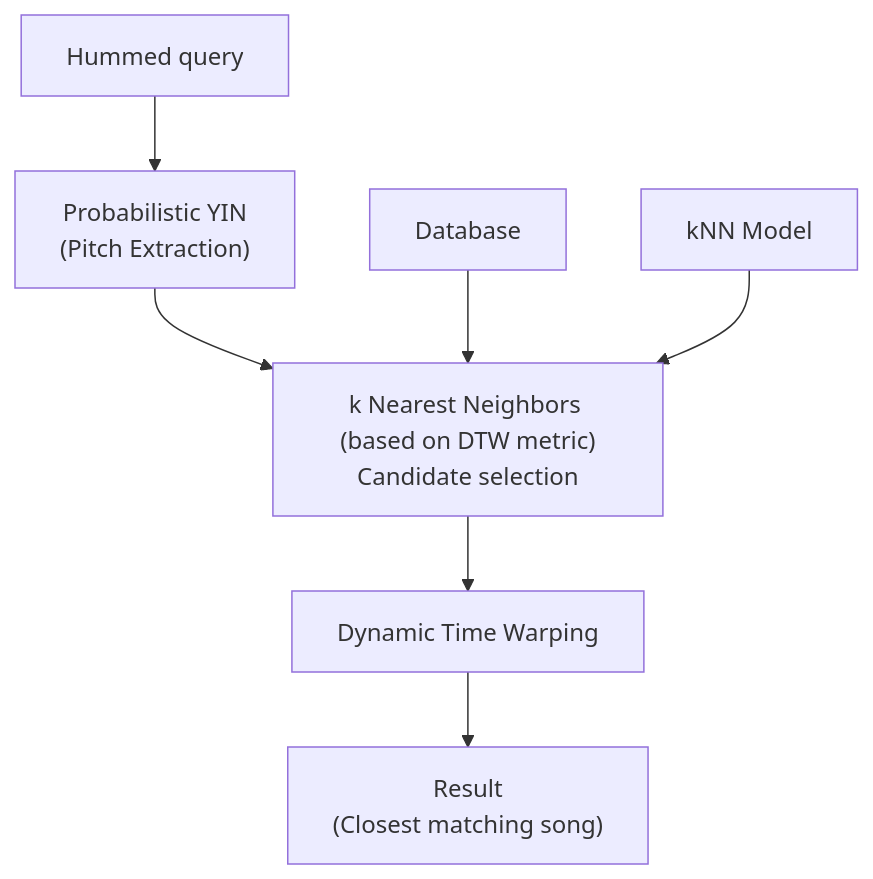
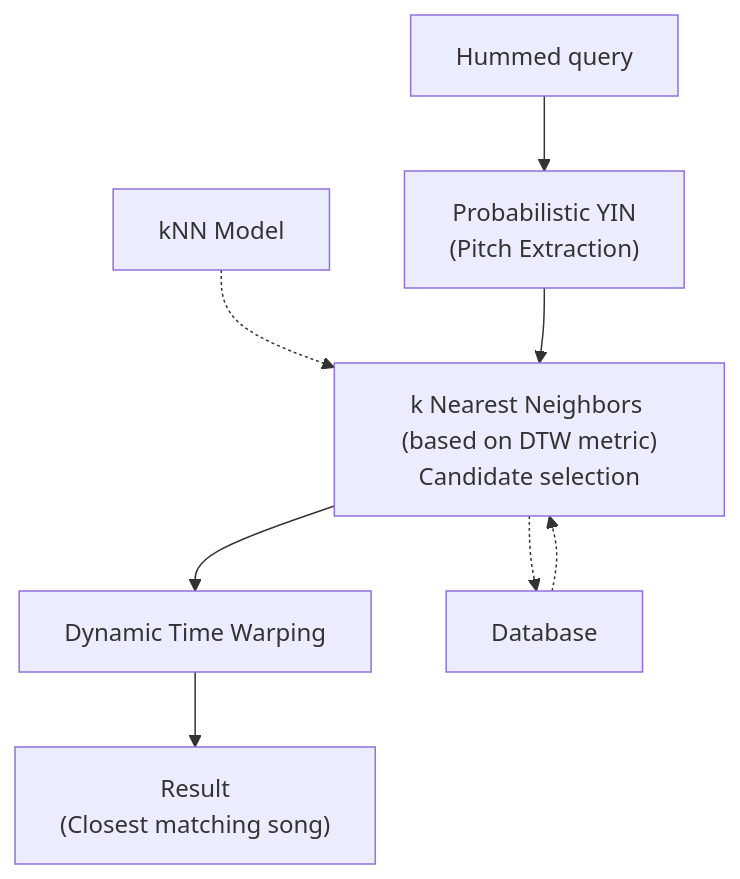
The diagram in README.md (vivekvjyn/strawberry-fields), drawn with Mermaid before and after one commit.

````diff
--- a/README.md
+++ b/README.md
@@ -81,9 +81,10 @@
 ```mermaid
 graph TD;
     A["Hummed query"] --> B["Probabilistic YIN\n(Pitch Extraction)"];
+    G["kNN Model"] -.-> C
     B --> C["k Nearest Neighbors (based on DTW metric)\nCandidate selection"];
     C --> D["Dynamic Time Warping\n"];
+    F["Database"] -.-> C
+    C -.-> F
     D --> E["Result\n(Closest matching song)"];
-    F["Database"] --> C
-    G["kNN Model"] --> C
 ```
````
